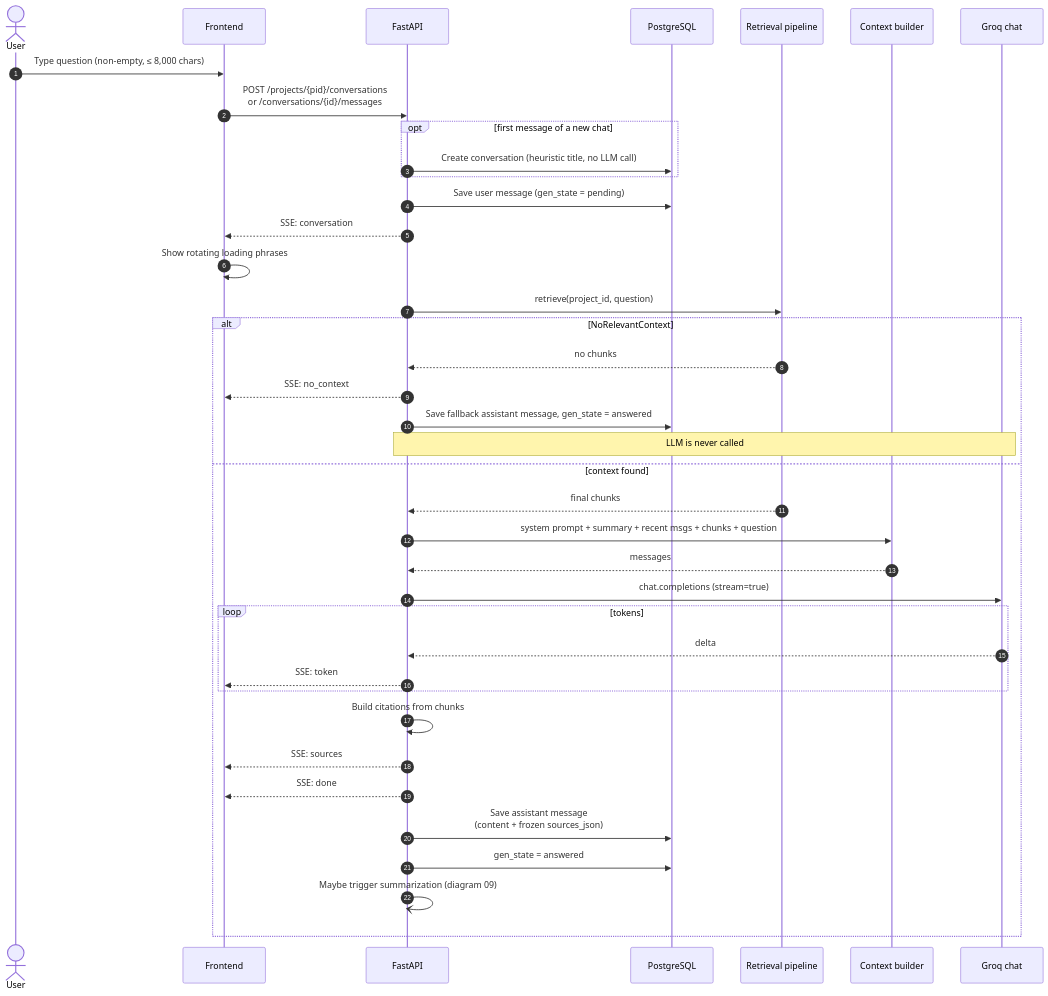
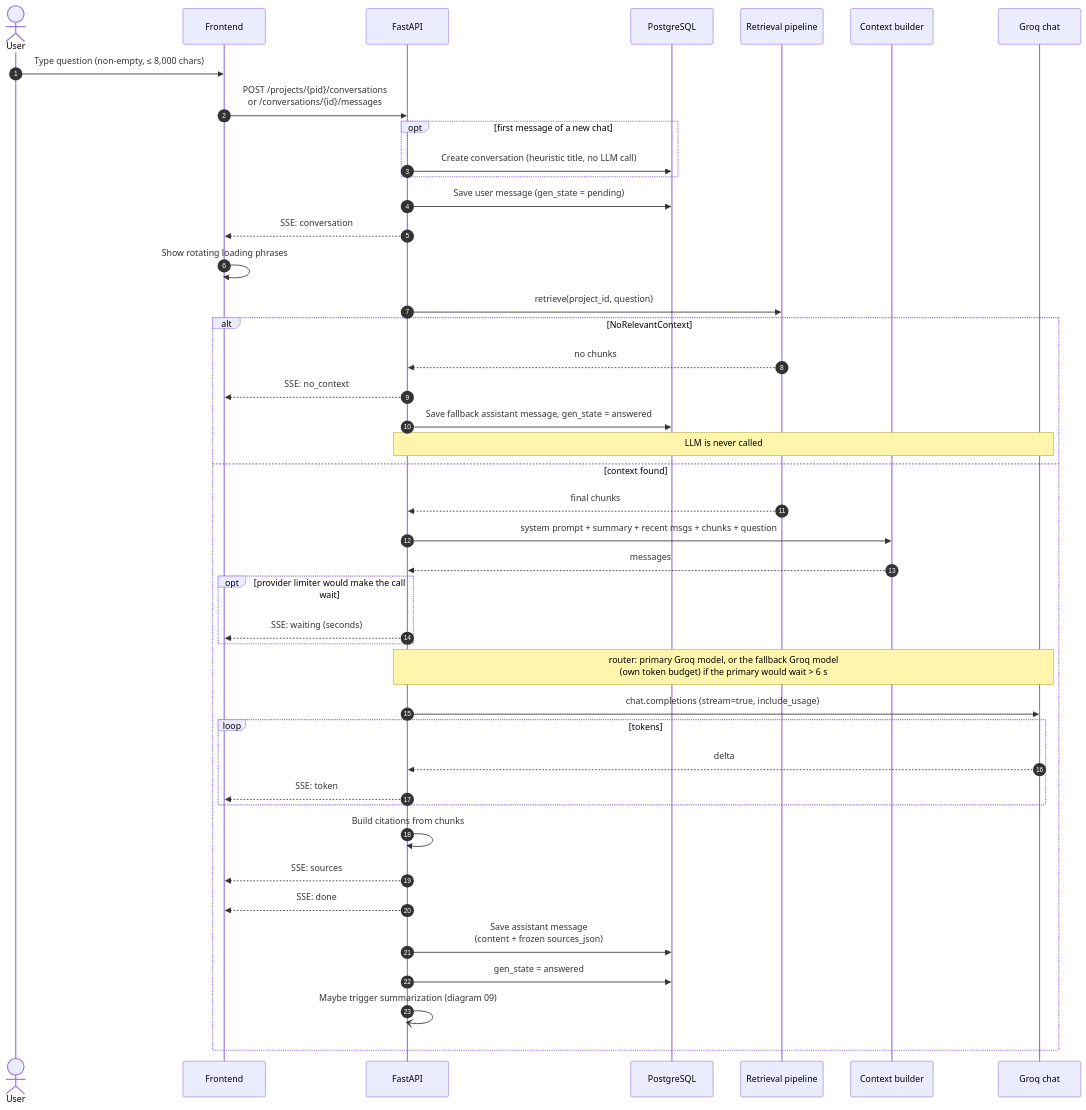
The diagram in Docs/Plan/Diagrams/06-chat-streaming-sequence.md (Shashank8602/DevDocs), drawn with Mermaid before and after one commit. The commit also changed other lines of this file and 83 other files, not shown here.

````diff
--- a/Docs/Plan/Diagrams/06-chat-streaming-sequence.md
+++ b/Docs/Plan/Diagrams/06-chat-streaming-sequence.md
@@ -5,43 +5,47 @@
 ```mermaid
 sequenceDiagram
     autonumber
     actor U as User
     participant FE as Frontend
     participant API as FastAPI
     participant DB as PostgreSQL
     participant R as Retrieval pipeline
     participant CB as Context builder
     participant LLM as Groq chat
 
     U->>FE: Type question (non-empty, ≤ 8,000 chars)
     FE->>API: POST /projects/{pid}/conversations<br/>or /conversations/{id}/messages
     opt first message of a new chat
         API->>DB: Create conversation (heuristic title, no LLM call)
     end
     API->>DB: Save user message (gen_state = pending)
     API-->>FE: SSE: conversation
     FE->>FE: Show rotating loading phrases
 
     API->>R: retrieve(project_id, question)
     alt NoRelevantContext
         R-->>API: no chunks
         API-->>FE: SSE: no_context
         API->>DB: Save fallback assistant message, gen_state = answered
         Note over API,LLM: LLM is never called
     else context found
         R-->>API: final chunks
         API->>CB: system prompt + summary + recent msgs + chunks + question
         CB-->>API: messages
-        API->>LLM: chat.completions (stream=true)
+        opt provider limiter would make the call wait
+            API-->>FE: SSE: waiting (seconds)
+        end
+        Note over API,LLM: router: primary Groq model, or the fallback Groq model<br/>(own token budget) if the primary would wait > 6 s
+        API->>LLM: chat.completions (stream=true, include_usage)
         loop tokens
             LLM-->>API: delta
             API-->>FE: SSE: token
         end
         API->>API: Build citations from chunks
         API-->>FE: SSE: sources
         API-->>FE: SSE: done
         API->>DB: Save assistant message<br/>(content + frozen sources_json)
         API->>DB: gen_state = answered
         API-)API: Maybe trigger summarization (diagram 09)
     end
 ```
````
